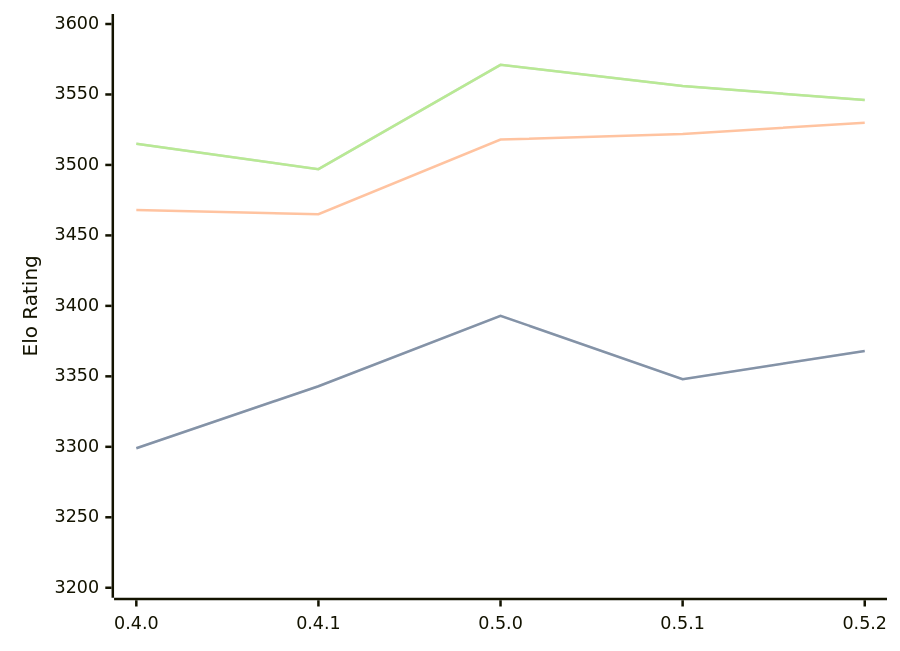
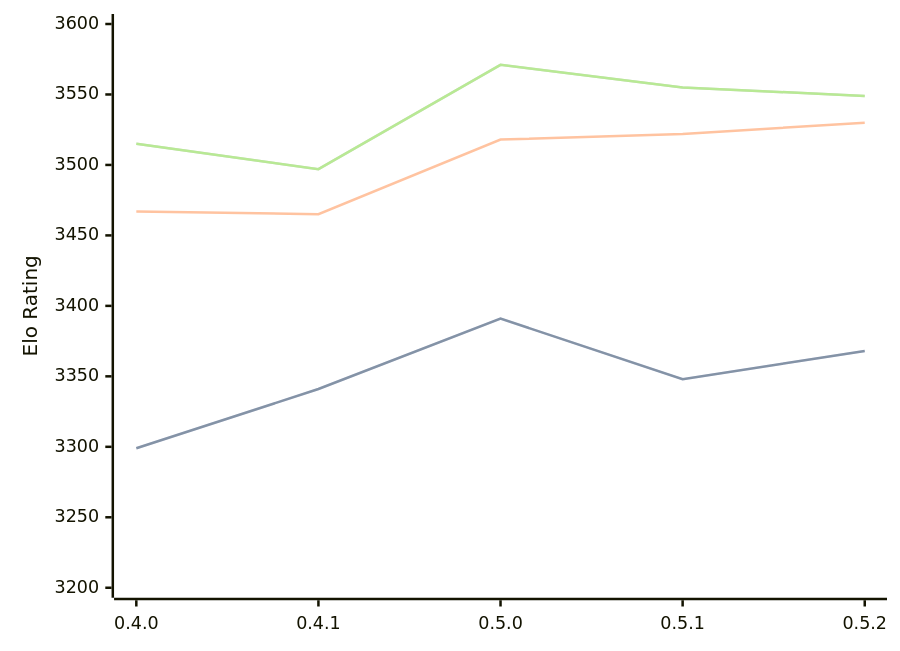
The diagram in engines/Cinder.md (computer-chess-index/cci), drawn with Mermaid before and after one commit. The commit also changed other lines of this file, not shown here.

Commit message:
Update CCI Ratings (ELO VLTC) - 2026-07-27

````diff
--- a/engines/Cinder.md
+++ b/engines/Cinder.md
@@ -43,11 +43,11 @@
 ```mermaid
 %%{init: {"theme":"base","themeVariables":{"seriesColors:['#a3a3a3','#222221','#faa371']}}}%%
 xychart-beta
   x-axis ["0.4.0", "0.4.1", "0.5.0", "0.5.1", "0.5.2"]
   y-axis "Elo Rating" 3200 --> 3600
-  line "STC (8.0+0.08s)" [3299, 3343, 3393, 3348, 3368]
-  line "STC (8.0+0.08s)" [3299, 3343, 3393, 3348, 3368]
-  line "LTC (60.0+0.60s)" [3468, 3465, 3518, 3522, 3530]
-  line "VLTC (2m24s+1.12s)" [3515, 3497, 3571, 3556, 3546]
-  line "VLTC (2m24s+1.12s)" [3515, 3497, 3571, 3556, 3546]
+  line "STC (8.0+0.08s)" [3299, 3341, 3391, 3348, 3368]
+  line "STC (8.0+0.08s)" [3299, 3341, 3391, 3348, 3368]
+  line "LTC (60.0+0.60s)" [3467, 3465, 3518, 3522, 3530]
+  line "VLTC (2m24s+1.12s)" [3515, 3497, 3571, 3555, 3549]
+  line "VLTC (2m24s+1.12s)" [3515, 3497, 3571, 3555, 3549]
 ```
````
